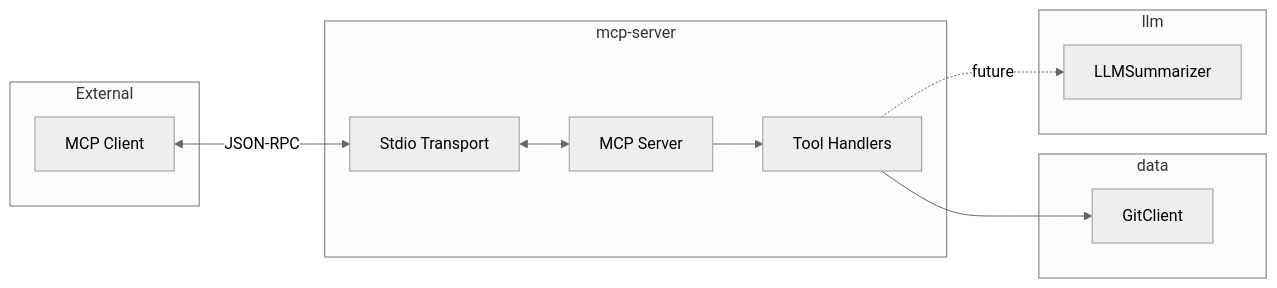
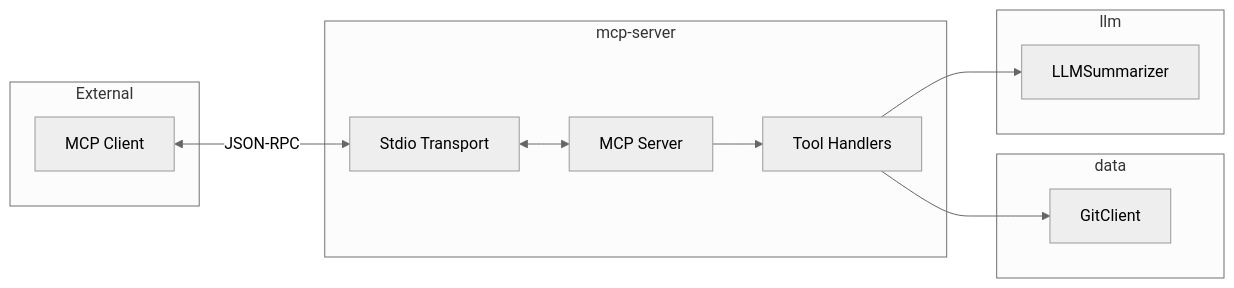
Before and after one commit to michalharakal/Daily-StandAPP: the sixth of 6 diagrams in docs/modules/architecture/pages/05-building-block-view.adoc, drawn with Mermaid (neutral theme). The commit also changed other lines of this file and 10 other files, not shown here.

First line of the commit message:
Update arc42 architecture docs to reflect current codebase

```diff
--- a/docs/modules/architecture/pages/05-building-block-view.adoc
+++ b/docs/modules/architecture/pages/05-building-block-view.adoc
@@ -274,27 +370,27 @@
 [mermaid]
 ----
 flowchart LR
     subgraph "External"
         CLIENT[MCP Client]
     end
 
     subgraph "mcp-server"
         TRANSPORT[Stdio Transport]
         SERVER[MCP Server]
         TOOLS[Tool Handlers]
     end
 
     subgraph "data"
         GITCLIENT[GitClient]
     end
 
     subgraph "llm"
         SUMMARIZER[LLMSummarizer]
     end
 
     CLIENT <-->|"JSON-RPC"| TRANSPORT
     TRANSPORT <--> SERVER
     SERVER --> TOOLS
     TOOLS --> GITCLIENT
-    TOOLS -.->|"future"| SUMMARIZER
+    TOOLS --> SUMMARIZER
 ----
```
